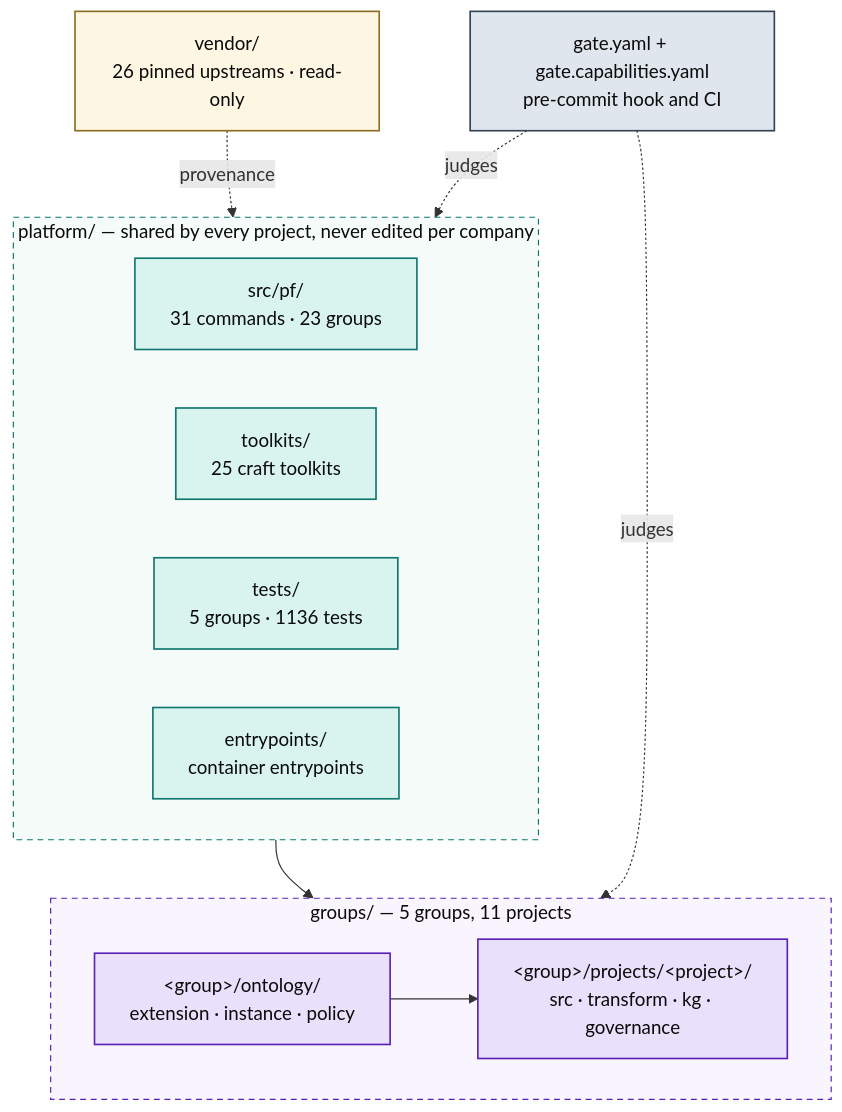
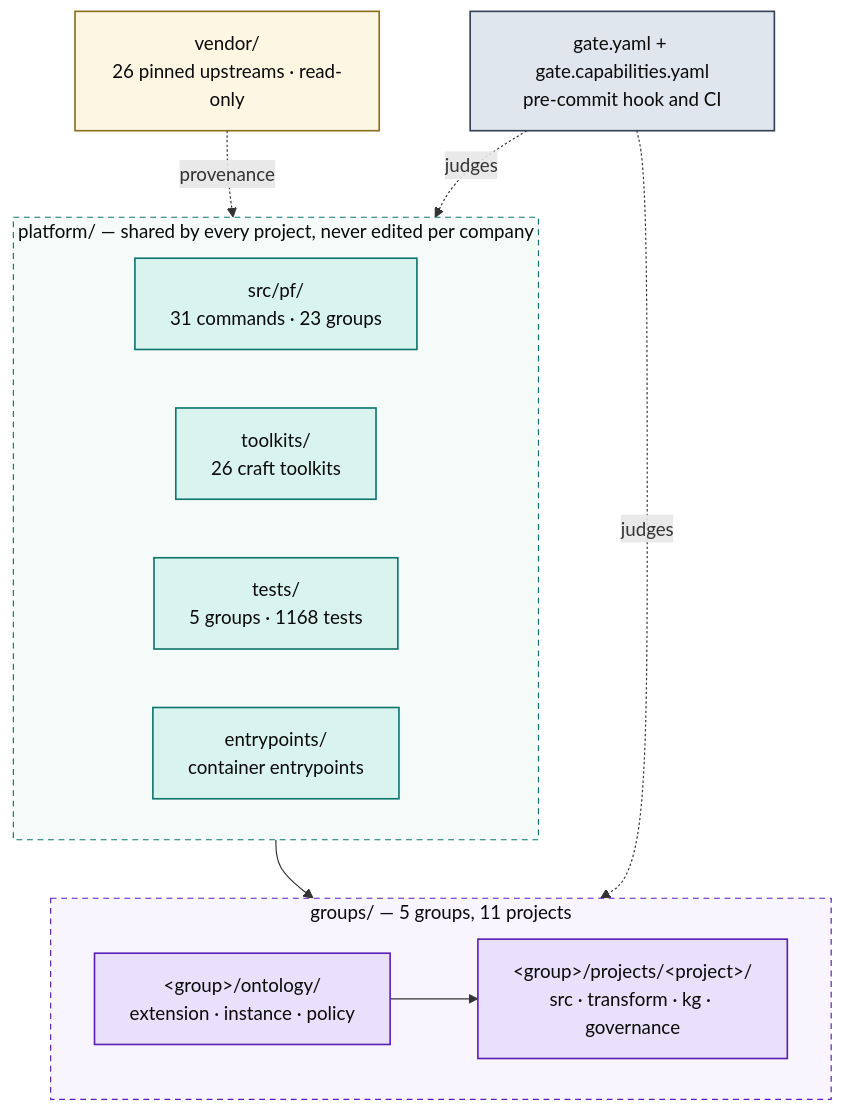
The first of 5 diagrams in docs/ARCHITECTURE.md (Atomz-org/data-platform), drawn with Mermaid before and after one commit. The commit also changed other lines of this file and 7 other files, not shown here.

````diff
--- a/docs/ARCHITECTURE.md
+++ b/docs/ARCHITECTURE.md
@@ -15,36 +15,36 @@
 ```mermaid
 flowchart TB
   subgraph SHARED["platform/ — shared by every project, never edited per company"]
     direction LR
     ENG["src/pf/<br/>31 commands · 23 groups"]
-    TK["toolkits/<br/>25 craft toolkits"]
-    TST["tests/<br/>5 groups · 1136 tests"]
+    TK["toolkits/<br/>26 craft toolkits"]
+    TST["tests/<br/>5 groups · 1168 tests"]
     ENT["entrypoints/<br/>container entrypoints"]
   end
 
   subgraph ENTITIES["groups/ — 5 groups, 11 projects"]
     direction LR
     GRP["&lt;group&gt;/ontology/<br/>extension · instance · policy"]
     PRJ["&lt;group&gt;/projects/&lt;project&gt;/<br/>src · transform · kg · governance"]
     GRP --> PRJ
   end
 
   VEN["vendor/<br/>26 pinned upstreams · read-only"]
   GATE["gate.yaml + gate.capabilities.yaml<br/>pre-commit hook and CI"]
 
   SHARED --> ENTITIES
   VEN -.provenance.-> SHARED
   GATE -.judges.-> ENTITIES
   GATE -.judges.-> SHARED
 
   classDef code fill:#d9f4ee,stroke:#0f766e,stroke-width:1.4px,color:#0b0b0b
   classDef data fill:#e9e1fb,stroke:#5b21b6,stroke-width:1.4px,color:#0b0b0b
   classDef gov fill:#e0e6ed,stroke:#334155,stroke-width:1.4px,color:#0b0b0b
   classDef ext fill:#fdf6e3,stroke:#8a6d1f,stroke-width:1.4px,color:#0b0b0b
   class ENG,TK,TST,ENT code
   class GRP,PRJ data
   class GATE gov
   class VEN ext
   style SHARED fill:#f4fbf9,stroke:#0f766e,stroke-dasharray:5 4,color:#0b0b0b
   style ENTITIES fill:#f8f5fe,stroke:#5b21b6,stroke-dasharray:5 4,color:#0b0b0b
 ```
````
